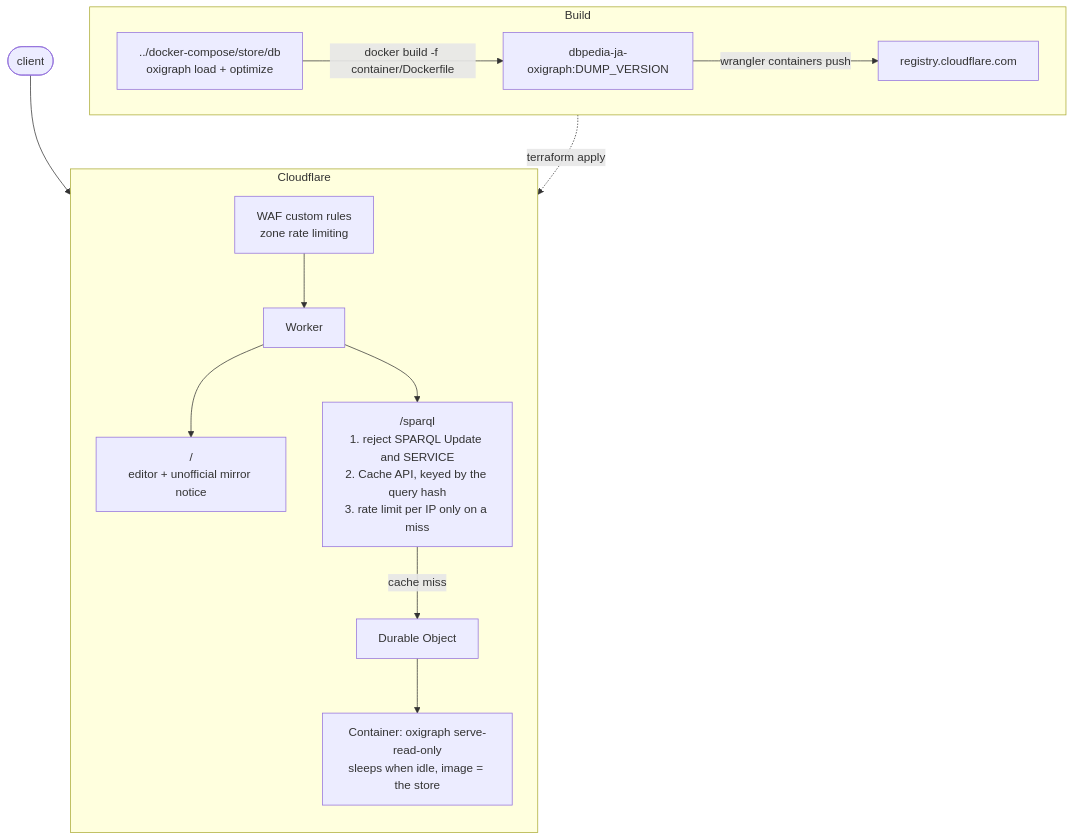
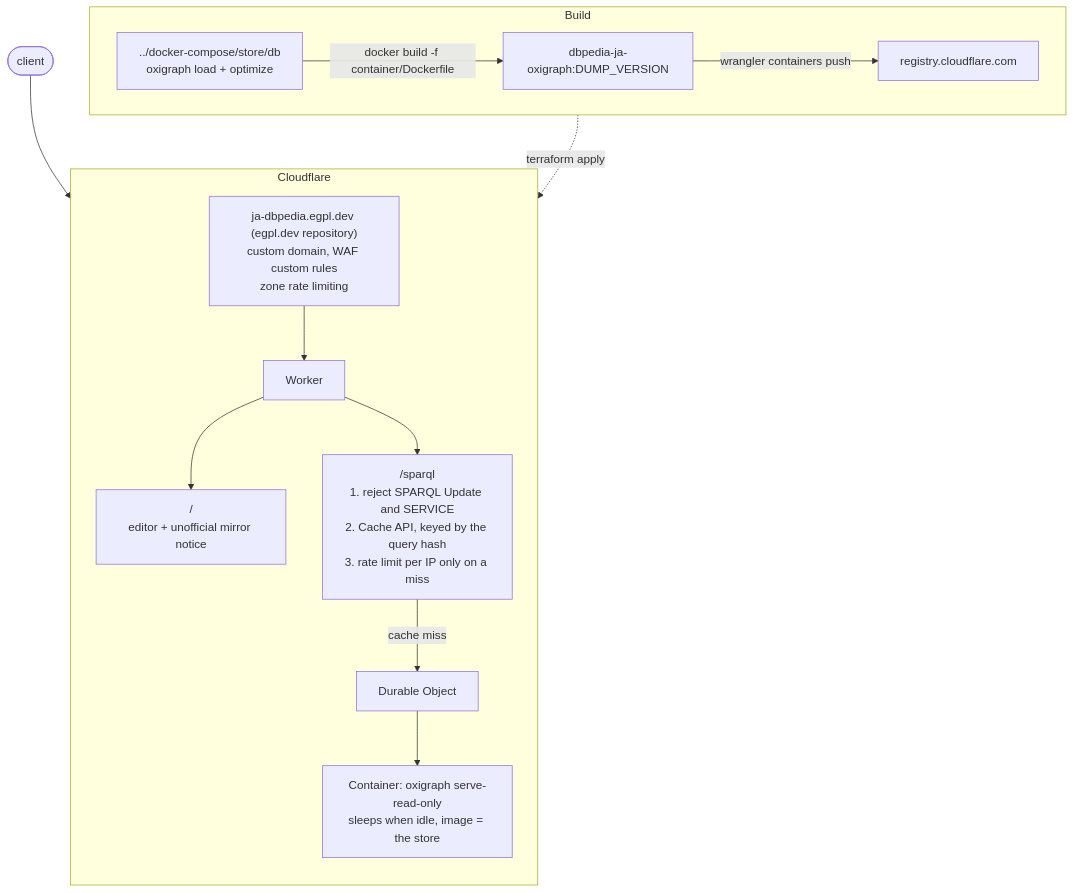
The diagram in cloudflare/README.md (eggplants/dbpedia-japanese-mirror), drawn with Mermaid before and after one commit. The commit also changed other lines of this file and 18 other files, not shown here.

````diff
--- a/cloudflare/README.md
+++ b/cloudflare/README.md
@@ -7,32 +7,32 @@
 ```mermaid
 flowchart TD
     subgraph build["Build"]
         direction LR
         store["../docker-compose/store/db<br/>oxigraph load + optimize"]
         image["dbpedia-ja-oxigraph:DUMP_VERSION"]
         registry["registry.cloudflare.com"]
         store -->|"docker build -f container/Dockerfile"| image
         image -->|"wrangler containers push"| registry
     end
 
     client(["client"])
 
     subgraph cf["Cloudflare"]
         direction TB
-        edge["WAF custom rules<br/>zone rate limiting"]
+        edge["ja-dbpedia.egpl.dev (egpl.dev repository)<br/>custom domain, WAF custom rules<br/>zone rate limiting"]
         worker["Worker"]
         page["/<br/>editor + unofficial mirror notice"]
         sparql["/sparql<br/>1. reject SPARQL Update and SERVICE<br/>2. Cache API, keyed by the query hash<br/>3. rate limit per IP only on a miss"]
         do["Durable Object"]
         container["Container: oxigraph serve-read-only<br/>sleeps when idle, image = the store"]
 
         edge --> worker
         worker --> page
         worker --> sparql
         sparql -->|"cache miss"| do
         do --> container
     end
 
     client --> edge
     build -.->|"terraform apply"| cf
 ```
````
